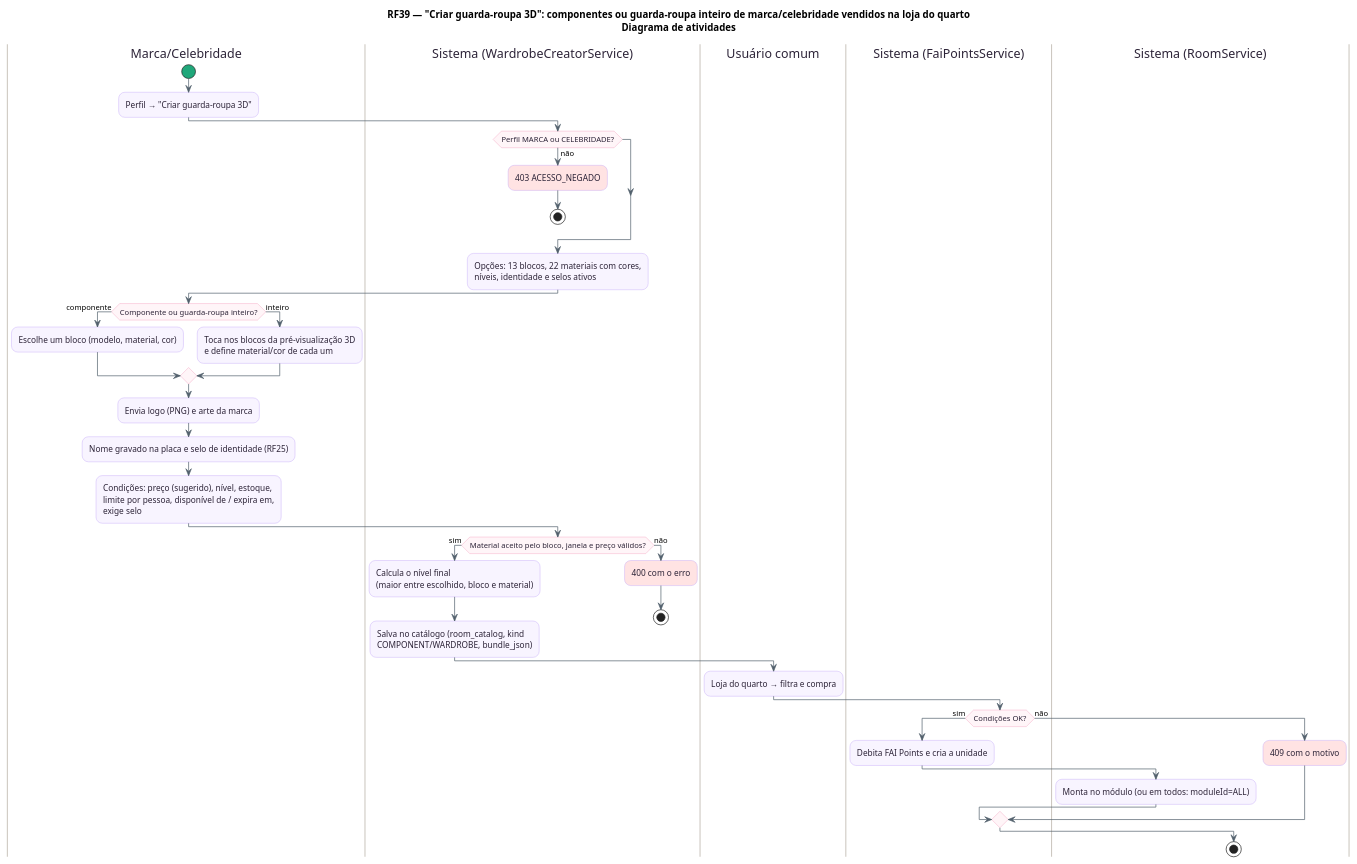
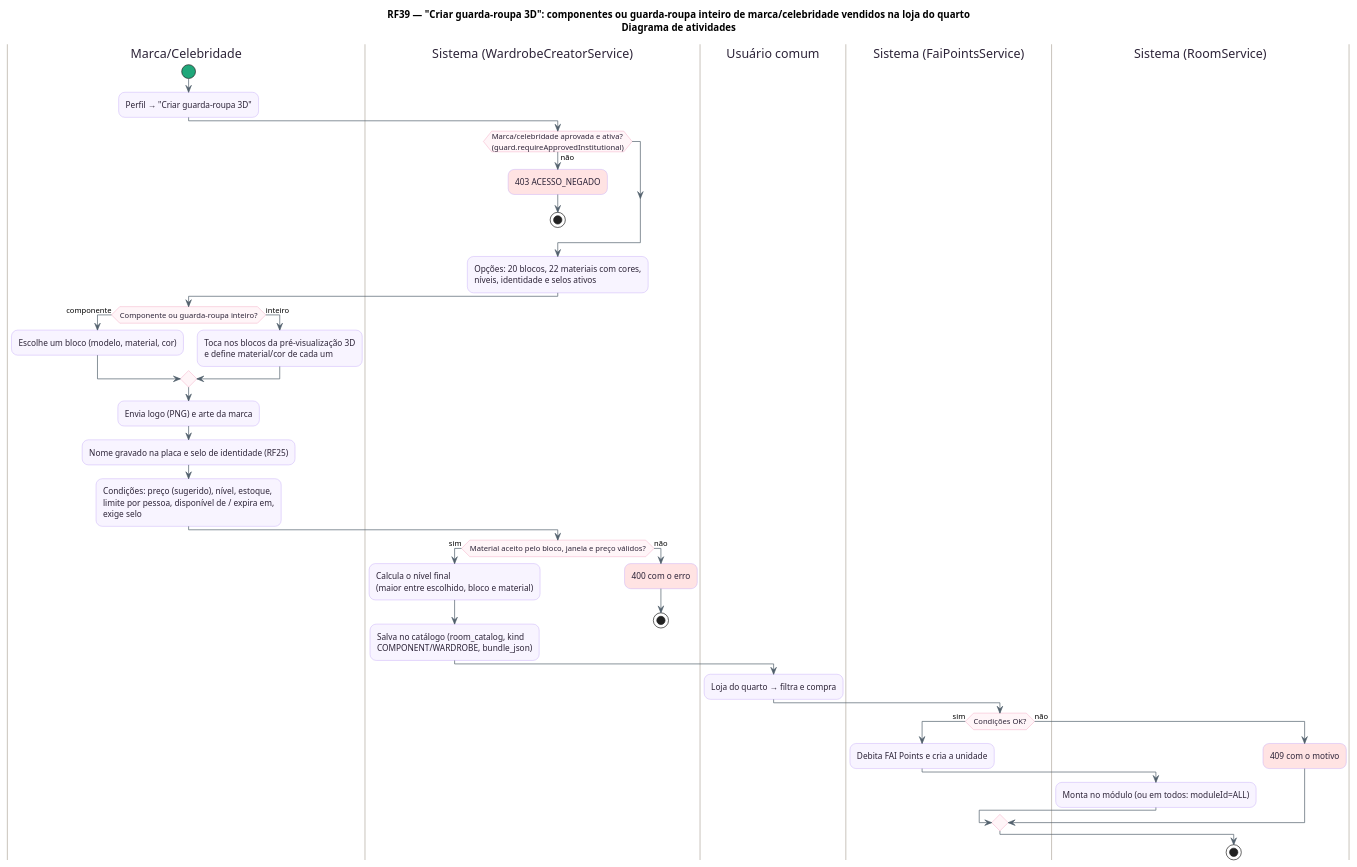
Before and after one commit to MatheusHaliski/tcc-2026-fashion-ai-backend: the diagram in docs/diagramas/RF39/RF39-atividades.puml, drawn with PlantUML. The commit also changed 14 other files, not shown here.

First line of the commit message:
docs(rf38,rf39): diagramas revisados contra o Trello e o código atual

```diff
--- a/docs/diagramas/RF39/RF39-atividades.puml
+++ b/docs/diagramas/RF39/RF39-atividades.puml
@@ -1,63 +1,63 @@
 @startuml RF39_Atividades
 title RF39 — "Criar guarda-roupa 3D": componentes ou guarda-roupa inteiro de marca/celebridade vendidos na loja do quarto\nDiagrama de atividades
 skinparam backgroundColor #FFFFFF
 skinparam shadowing false
 skinparam roundcorner 18
 skinparam ArrowColor #52606D
 skinparam activity {
   BackgroundColor #F8F4FF
   BorderColor #B695F5
   FontColor #2D2438
   DiamondBackgroundColor #FFF5F8
   DiamondBorderColor #F08DB1
   StartColor #20A77A
   EndColor #4B5563
   BarColor #4B4B4B
 }
 skinparam swimlane {
   BorderColor #CBC6BE
   TitleFontColor #2D2438
 }
 skinparam note {
   BackgroundColor #FFFDEB
   BorderColor #D8CE78
   FontColor #554F24
 }
 |Marca/Celebridade|
 start
 :Perfil → "Criar guarda-roupa 3D";
 |Sistema (WardrobeCreatorService)|
-if (Perfil MARCA ou CELEBRIDADE?) then (não)
+if (Marca/celebridade aprovada e ativa?\n(guard.requireApprovedInstitutional)) then (não)
   #FFE3E3:403 ACESSO_NEGADO;
   stop
 endif
-:Opções: 13 blocos, 22 materiais com cores,\nníveis, identidade e selos ativos;
+:Opções: 20 blocos, 22 materiais com cores,\nníveis, identidade e selos ativos;
 |Marca/Celebridade|
 if (Componente ou guarda-roupa inteiro?) then (componente)
   :Escolhe um bloco (modelo, material, cor);
 else (inteiro)
   :Toca nos blocos da pré-visualização 3D\ne define material/cor de cada um;
 endif
 :Envia logo (PNG) e arte da marca;
 :Nome gravado na placa e selo de identidade (RF25);
 :Condições: preço (sugerido), nível, estoque,\nlimite por pessoa, disponível de / expira em,\nexige selo;
 |Sistema (WardrobeCreatorService)|
 if (Material aceito pelo bloco, janela e preço válidos?) then (sim)
   :Calcula o nível final\n(maior entre escolhido, bloco e material);
   :Salva no catálogo (room_catalog, kind\nCOMPONENT/WARDROBE, bundle_json);
 else (não)
   #FFE3E3:400 com o erro;
   stop
 endif
 |Usuário comum|
 :Loja do quarto → filtra e compra;
 |Sistema (FaiPointsService)|
 if (Condições OK?) then (sim)
   :Debita FAI Points e cria a unidade;
   |Sistema (RoomService)|
   :Monta no módulo (ou em todos: moduleId=ALL);
 else (não)
   #FFE3E3:409 com o motivo;
 endif
 stop
 @enduml
```
